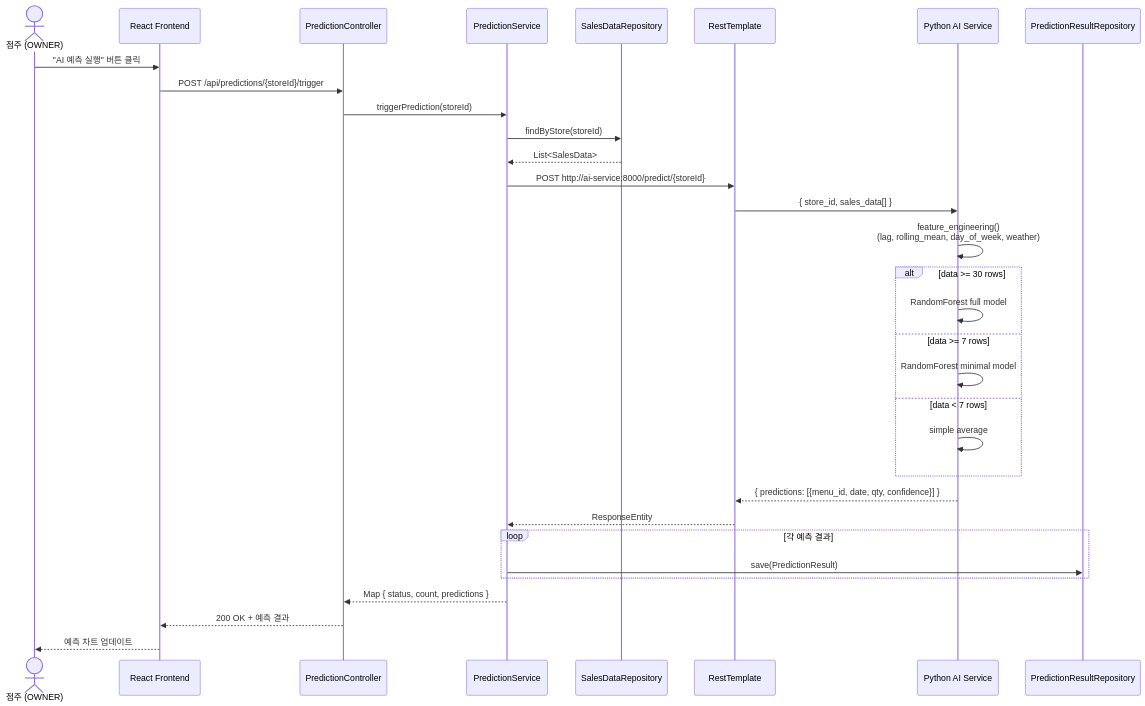
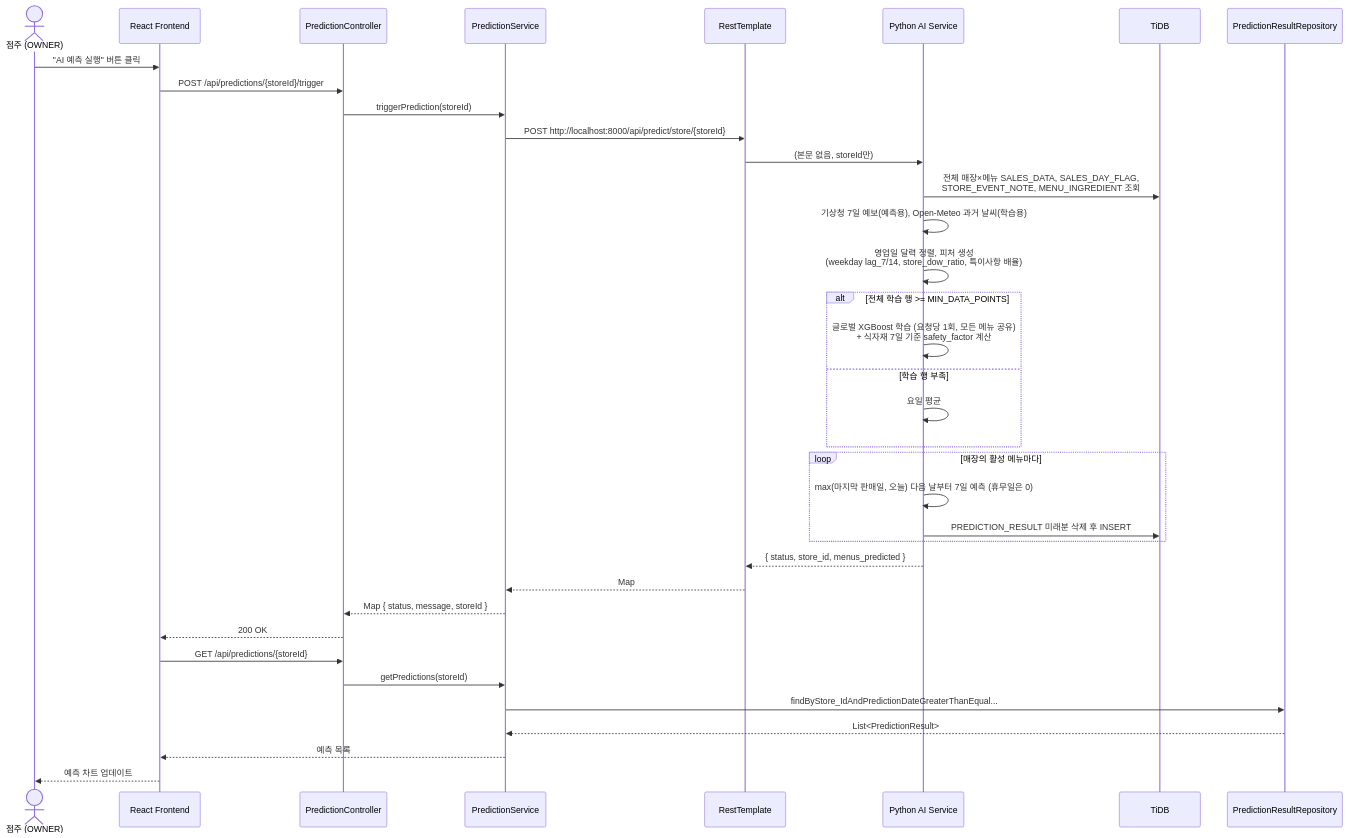
Before and after one commit to Food-G/FoodGuard: the first of 4 diagrams in uml/sequence-prediction.md, drawn with Mermaid. The commit also changed 15 other files, not shown here.

First line of the commit message:
docs: 모델 설명·uml 정합성 수정, 에이전트 작업 지령서·점검 문서 추가

````diff
--- a/uml/sequence-prediction.md
+++ b/uml/sequence-prediction.md
@@ -5,39 +5,41 @@
 ```mermaid
 sequenceDiagram
     actor Owner as 점주 (OWNER)
     participant FE as React Frontend
     participant PC as PredictionController
     participant PS as PredictionService
-    participant SDR as SalesDataRepository
     participant RT as RestTemplate
     participant AI as Python AI Service
+    participant DB as TiDB
     participant PRR as PredictionResultRepository
 
     Owner->>FE: "AI 예측 실행" 버튼 클릭
     FE->>PC: POST /api/predictions/{storeId}/trigger
     PC->>PS: triggerPrediction(storeId)
-    PS->>SDR: findByStore(storeId)
-    SDR-->>PS: List<SalesData>
-    PS->>RT: POST http://ai-service:8000/predict/{storeId}
-    RT->>AI: { store_id, sales_data[] }
+    PS->>RT: POST http://localhost:8000/api/predict/store/{storeId}
+    RT->>AI: (본문 없음, storeId만)
 
-    AI->>AI: feature_engineering()<br/>(lag, rolling_mean, day_of_week, weather)
-    alt data >= 30 rows
-        AI->>AI: RandomForest full model
-    else data >= 7 rows
-        AI->>AI: RandomForest minimal model
-    else data < 7 rows
-        AI->>AI: simple average
+    AI->>DB: 전체 매장×메뉴 SALES_DATA, SALES_DAY_FLAG,<br/>STORE_EVENT_NOTE, MENU_INGREDIENT 조회
+    AI->>AI: 기상청 7일 예보(예측용), Open-Meteo 과거 날씨(학습용)
+    AI->>AI: 영업일 달력 정렬, 피처 생성<br/>(weekday lag_7/14, store_dow_ratio, 특이사항 배율)
+    alt 전체 학습 행 >= MIN_DATA_POINTS
+        AI->>AI: 글로벌 XGBoost 학습 (요청당 1회, 모든 메뉴 공유)<br/>+ 식자재 7일 기준 safety_factor 계산
+    else 학습 행 부족
+        AI->>AI: 요일 평균
+    end
+    loop 매장의 활성 메뉴마다
+        AI->>AI: max(마지막 판매일, 오늘) 다음 날부터 7일 예측 (휴무일은 0)
+        AI->>DB: PREDICTION_RESULT 미래분 삭제 후 INSERT
     end
 
-    AI-->>RT: { predictions: [{menu_id, date, qty, confidence}] }
-    RT-->>PS: ResponseEntity
-
-    loop 각 예측 결과
-        PS->>PRR: save(PredictionResult)
-    end
-
-    PS-->>PC: Map { status, count, predictions }
-    PC-->>FE: 200 OK + 예측 결과
+    AI-->>RT: { status, store_id, menus_predicted }
+    RT-->>PS: Map
+    PS-->>PC: Map { status, message, storeId }
+    PC-->>FE: 200 OK
+    FE->>PC: GET /api/predictions/{storeId}
+    PC->>PS: getPredictions(storeId)
+    PS->>PRR: findByStore_IdAndPredictionDateGreaterThanEqual...
+    PRR-->>PS: List<PredictionResult>
+    PS-->>FE: 예측 목록
     FE-->>Owner: 예측 차트 업데이트
 ```
````
